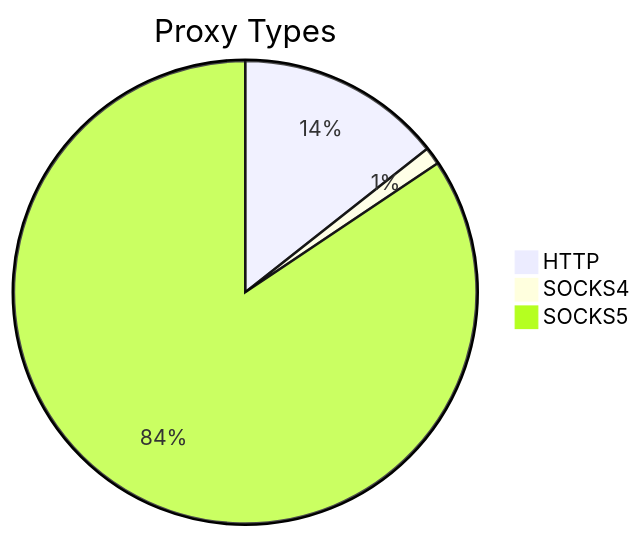
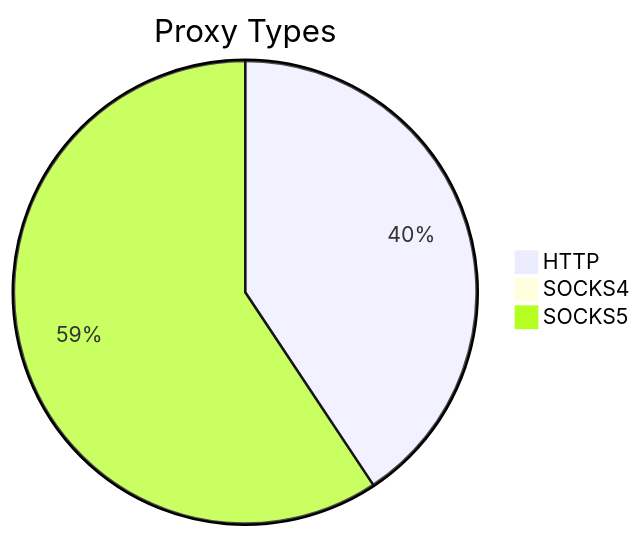
The first of 2 diagrams in README.md (stormsia/proxy-list), drawn with Mermaid before and after one commit. The commit also changed other lines of this file, not shown here.

````diff
--- a/README.md
+++ b/README.md
@@ -21,6 +21,6 @@
 ```mermaid
 pie title Proxy Types
-    "HTTP" : 117
-    "SOCKS4" : 10
-    "SOCKS5" : 687
+    "HTTP" : 414
+    "SOCKS4" : 9
+    "SOCKS5" : 604
 ```
````
